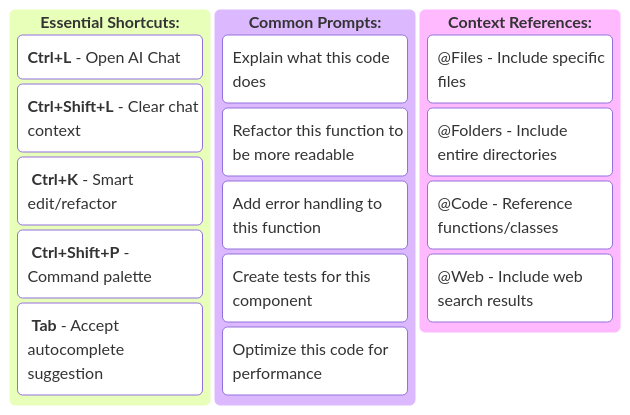
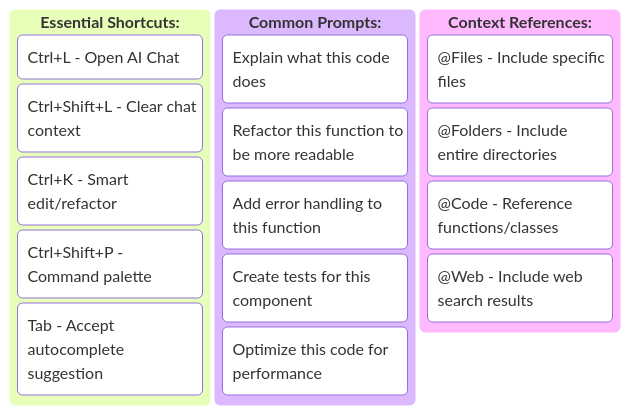
Before and after one commit to sumahiremath/buildtales: the second of 5 diagrams in _posts/2025-08-23-cursor-pro-zero-expert.md, drawn with Mermaid. The commit also changed other lines of this file, not shown here.

`````diff
--- a/_posts/2025-08-23-cursor-pro-zero-expert.md
+++ b/_posts/2025-08-23-cursor-pro-zero-expert.md
@@ -147,20 +146,20 @@
-````mermaid
+```mermaid
 kanban
   **Essential Shortcuts:**
-    [**Ctrl+L** - Open AI Chat]
-    [**Ctrl+Shift+L** - Clear chat context]
-    [ **Ctrl+K** - Smart edit/refactor]
-    [ **Ctrl+Shift+P** - Command palette]
-    [ **Tab** - Accept autocomplete suggestion]
+    ["Ctrl+L - Open AI Chat"]
+    ["Ctrl+Shift+L - Clear chat context"]
+    ["Ctrl+K - Smart edit/refactor"]
+    ["Ctrl+Shift+P - Command palette"]
+    ["Tab - Accept autocomplete suggestion"]
   **Common Prompts:**
     ["Explain what this code does"]
     ["Refactor this function to be more readable"]
     ["Add error handling to this function"]
     ["Create tests for this component"]
     ["Optimize this code for performance"]
   **Context References:**
-    [@Files - Include specific files]
-    [@Folders - Include entire directories]
-    [@Code - Reference functions/classes]
-    [@Web - Include web search results]
-````
+    ["@Files - Include specific files"]
+    ["@Folders - Include entire directories"]
+    ["@Code - Reference functions/classes"]
+    ["@Web - Include web search results"]
+```
`````
